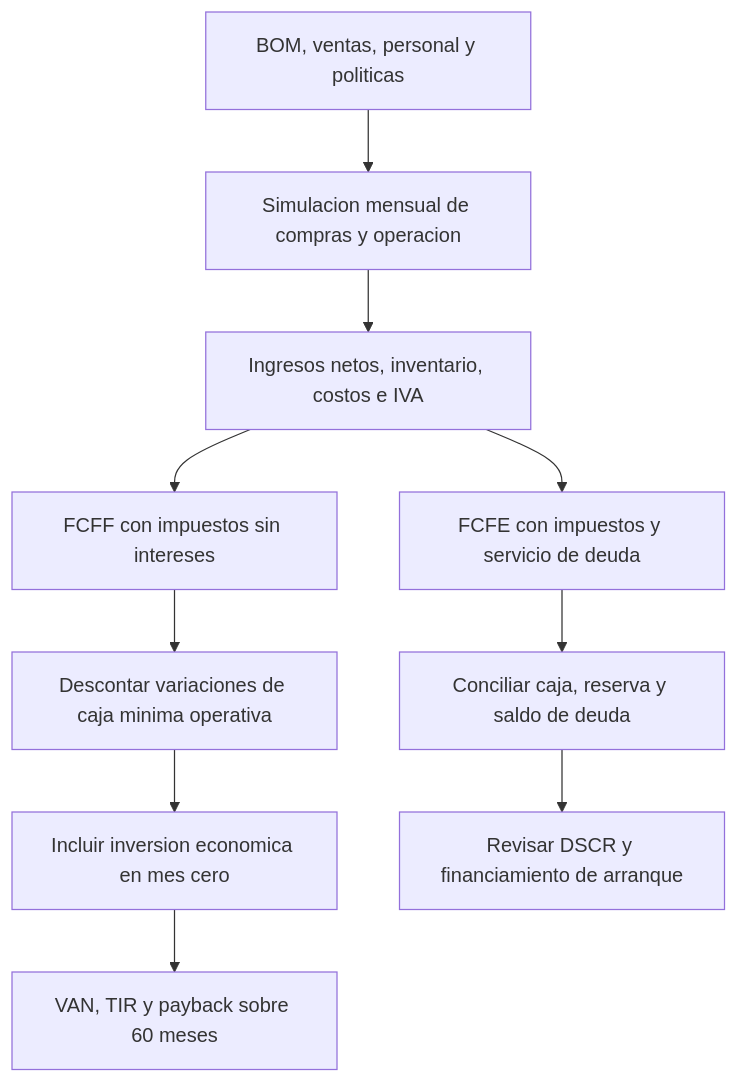
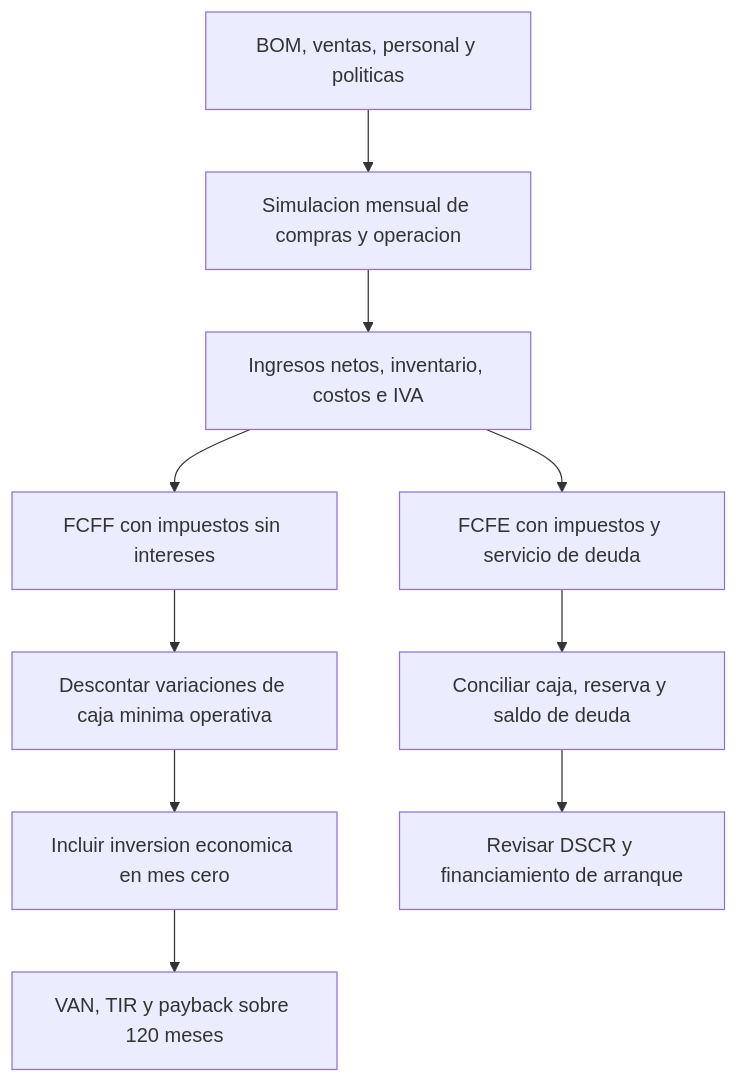
The sixth of 11 diagrams in docs/INFORME 1 .docx.md (Alvarinhoooo7/TerraSence), drawn with Mermaid before and after one commit. The commit also changed other lines of this file and 20 other files, not shown here.

````diff
--- a/docs/INFORME 1 .docx.md
+++ b/docs/INFORME 1 .docx.md
@@ -803,12 +819,12 @@
 ```mermaid
 flowchart TD
     A[BOM, ventas, personal y politicas] --> B[Simulacion mensual de compras y operacion]
     B --> C[Ingresos netos, inventario, costos e IVA]
     C --> D[FCFF con impuestos sin intereses]
     C --> E[FCFE con impuestos y servicio de deuda]
     D --> F[Descontar variaciones de caja minima operativa]
     F --> G[Incluir inversion economica en mes cero]
-    G --> H[VAN, TIR y payback sobre 60 meses]
+    G --> H[VAN, TIR y payback sobre 120 meses]
     E --> I[Conciliar caja, reserva y saldo de deuda]
     I --> J[Revisar DSCR y financiamiento de arranque]
 ```
````
